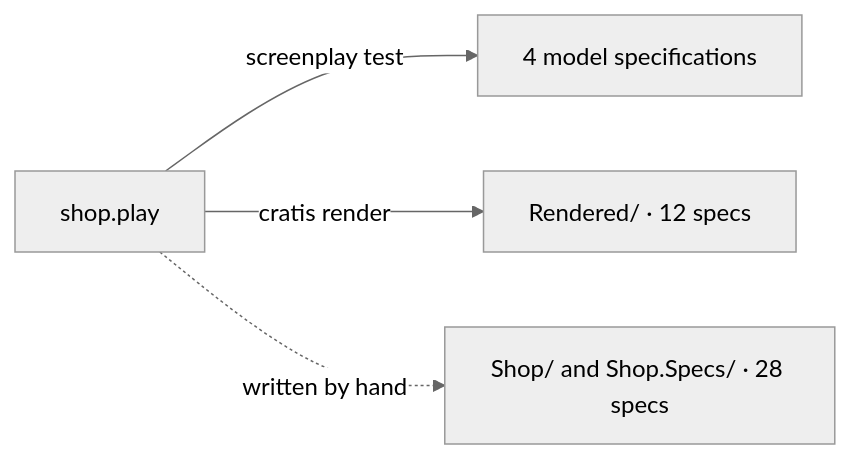
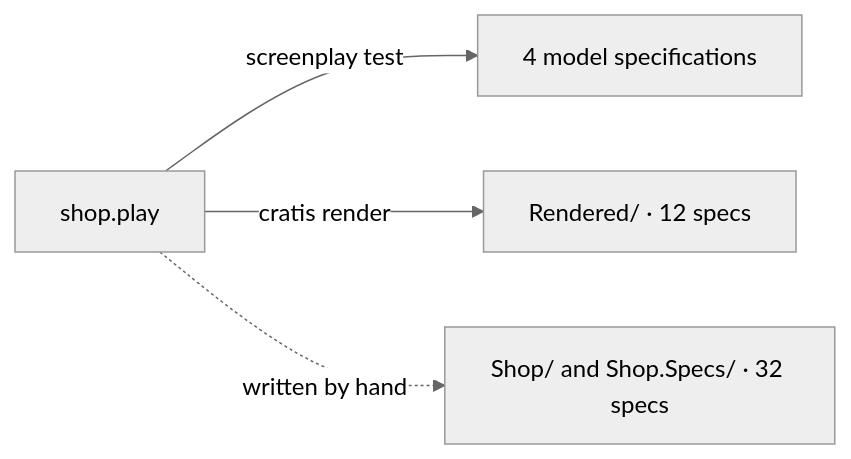
Before and after one commit to Cratis/Documentation: the diagram in web/src/content/docs/generated-values.mdx, drawn with Mermaid (neutral theme). The commit also changed other lines of this file, not shown here.

````diff
--- a/web/src/content/docs/generated-values.mdx
+++ b/web/src/content/docs/generated-values.mdx
@@ -34,6 +34,6 @@
 ```mermaid
 flowchart LR
     model["shop.play"] -->|screenplay test| evaluator["4 model specifications"]
     model -->|cratis render| rendered["Rendered/ · 12 specs"]
-    model -.->|written by hand| shop["Shop/ and Shop.Specs/ · 28 specs"]
+    model -.->|written by hand| shop["Shop/ and Shop.Specs/ · 32 specs"]
 ```
````
